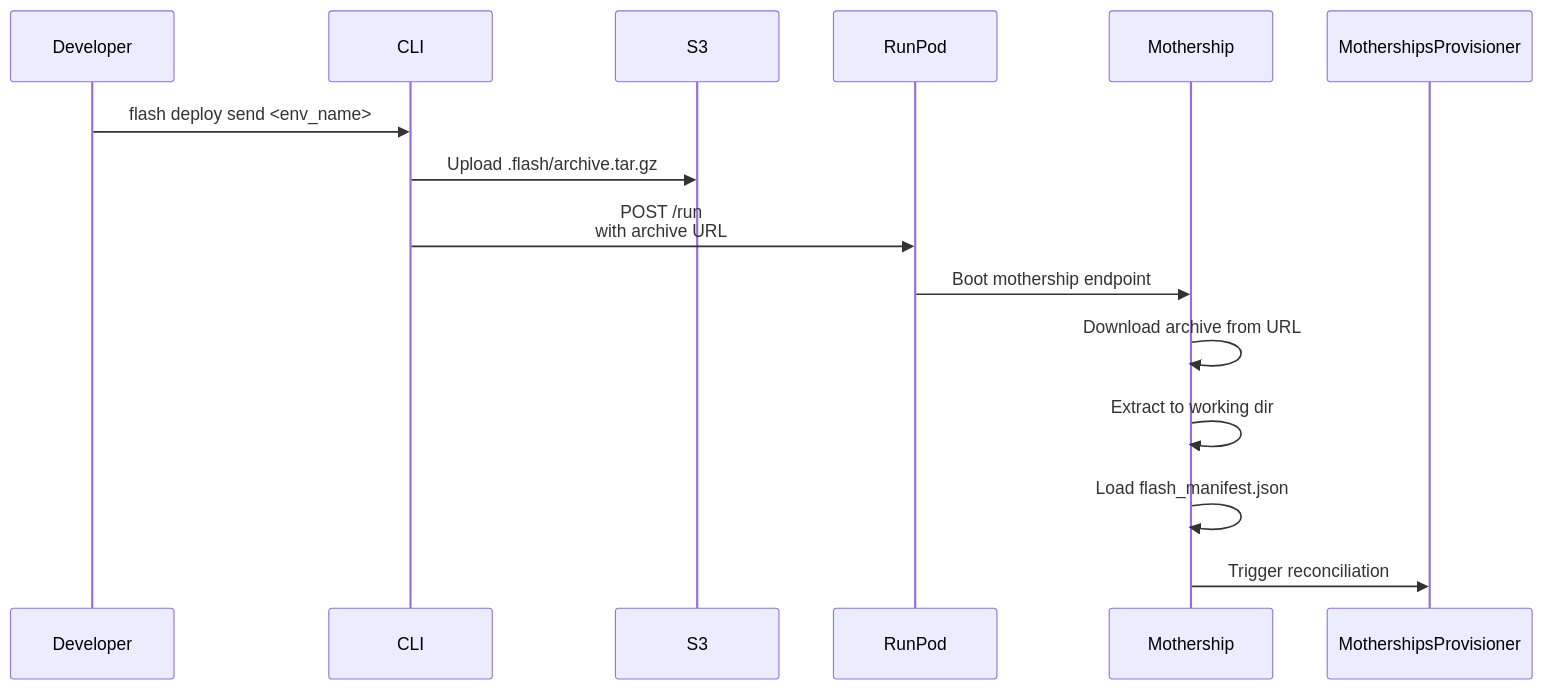
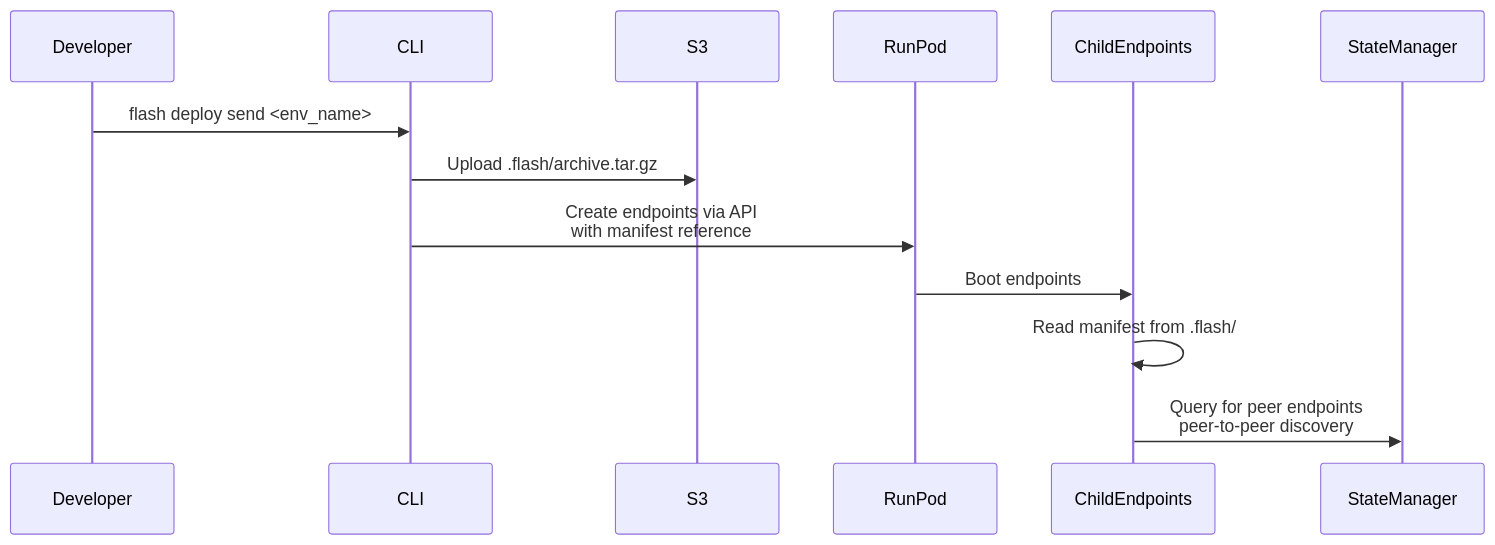
Before and after one commit to runpod/tetra-rp: the third of 9 diagrams in docs/Flash_Deploy_Guide.md, drawn with Mermaid. The commit also changed other lines of this file and 5 other files, not shown here.

First line of the commit message:
refactor: remove legacy /manifest endpoint and update deployment documentation

````diff
--- a/docs/Flash_Deploy_Guide.md
+++ b/docs/Flash_Deploy_Guide.md
@@ -274,11 +274,9 @@
 ```mermaid
 sequenceDiagram
     Developer->>CLI: flash deploy send <env_name>
     CLI->>S3: Upload .flash/archive.tar.gz
-    CLI->>RunPod: POST /run<br/>with archive URL
-    RunPod->>Mothership: Boot mothership endpoint
-    Mothership->>Mothership: Download archive from URL
-    Mothership->>Mothership: Extract to working dir
-    Mothership->>Mothership: Load flash_manifest.json
-    Mothership->>MothershipsProvisioner: Trigger reconciliation
+    CLI->>RunPod: Create endpoints via API<br/>with manifest reference
+    RunPod->>ChildEndpoints: Boot endpoints
+    ChildEndpoints->>ChildEndpoints: Read manifest from .flash/
+    ChildEndpoints->>StateManager: Query for peer endpoints<br/>peer-to-peer discovery
 ```
````
